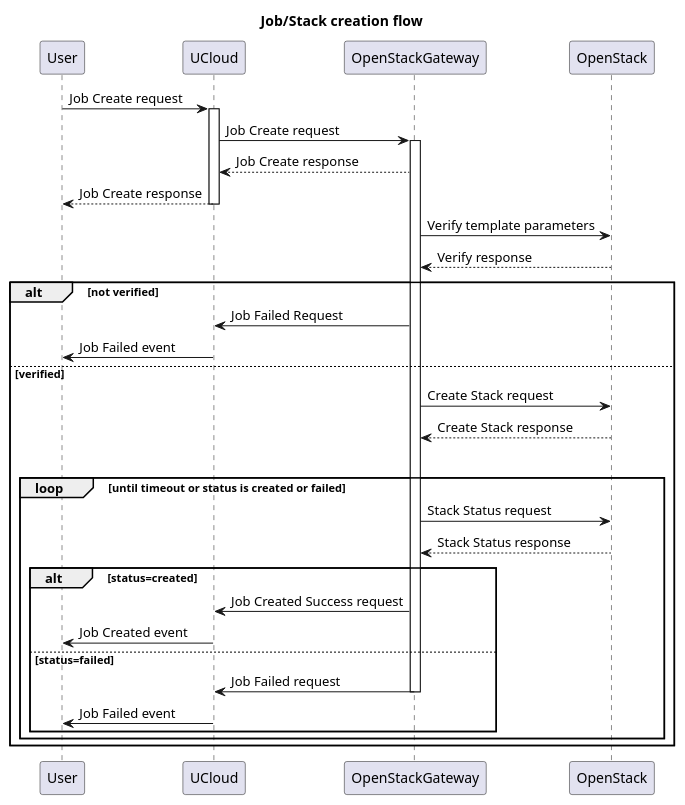
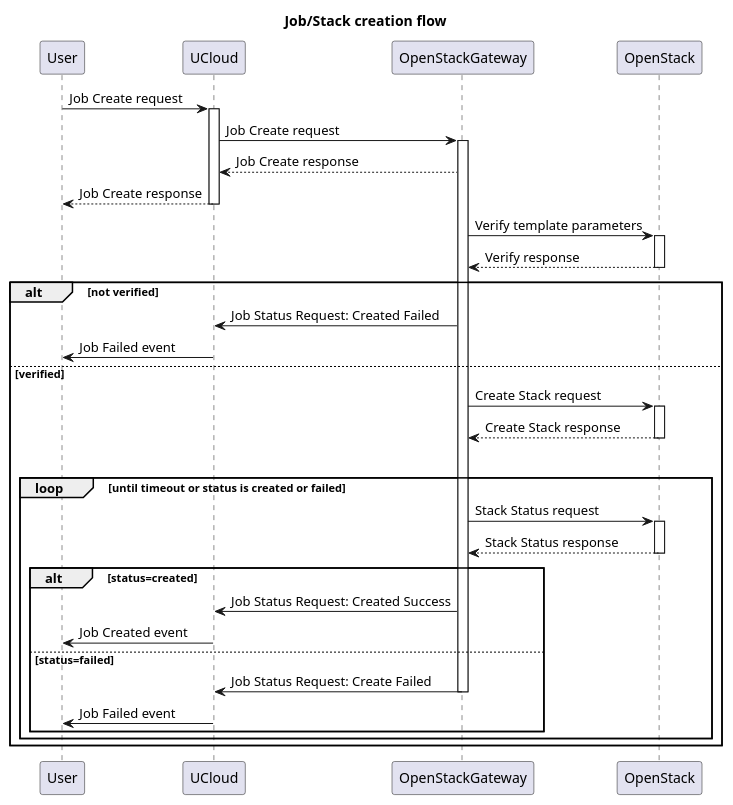
One commit to aau-claaudia/OpenStackGateway changed the diagram in docs/diagrams/create-stack-sequence.iuml. Above: the diagram before and after it, drawn with PlantUML. The commit also changed 2 other files, not shown here.

Commit message:
delete flow

```diff
--- a/docs/diagrams/create-stack-sequence.iuml
+++ b/docs/diagrams/create-stack-sequence.iuml
@@ -1,33 +1,33 @@
 @startuml
 title Job/Stack creation flow
 participant "User" as user
 participant "UCloud" as ucloud
 participant "OpenStackGateway" as osg
 participant "OpenStack" as openstack
 
 user -> ucloud++: Job Create request
 ucloud -> osg++: Job Create request
 osg --> ucloud: Job Create response
 ucloud --> user--: Job Create response
-osg -> openstack: Verify template parameters
-openstack --> osg: Verify response
+osg -> openstack++: Verify template parameters
+openstack --> osg--: Verify response
 alt not verified
-osg -> ucloud: Job Failed Request
+osg -> ucloud: Job Status Request: Created Failed
 ucloud -> user: Job Failed event
 else verified
-osg -> openstack: Create Stack request
-openstack --> osg: Create Stack response
+osg -> openstack++: Create Stack request
+openstack --> osg--: Create Stack response
 |||
 loop until timeout or status is created or failed
-osg -> openstack: Stack Status request
-openstack --> osg: Stack Status response
+osg -> openstack++: Stack Status request
+openstack --> osg--: Stack Status response
 alt status=created
-osg -> ucloud: Job Created Success request
+osg -> ucloud: Job Status Request: Created Success
 ucloud -> user: Job Created event
 else status=failed
-osg -> ucloud--: Job Failed request
+osg -> ucloud--: Job Status Request: Create Failed
 ucloud -> user: Job Failed event
 end
 end
 end
 @enduml
```
